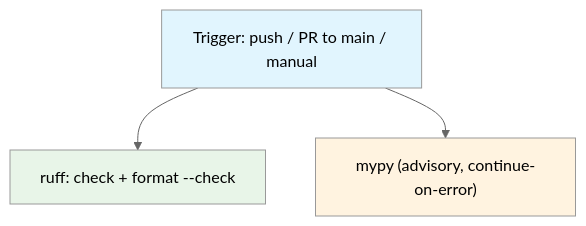
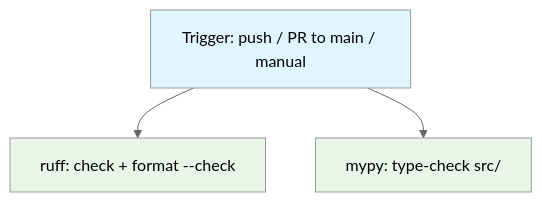
The diagram in spec/spec-process-cicd-quality.md (davidouagne/datahub-yaml-source), drawn with Mermaid (neutral theme) before and after one commit. The commit also changed other lines of this file and 18 other files, not shown here.

````diff
--- a/spec/spec-process-cicd-quality.md
+++ b/spec/spec-process-cicd-quality.md
@@ -26,9 +27,9 @@
 ```mermaid
 graph TD
     A[Trigger: push / PR to main / manual] --> B[ruff: check + format --check]
-    A --> C["mypy (advisory, continue-on-error)"]
+    A --> C[mypy: type-check src/]
 
     style A fill:#e1f5fe
     style B fill:#e8f5e8
-    style C fill:#fff3e0
+    style C fill:#e8f5e8
 ```
````
